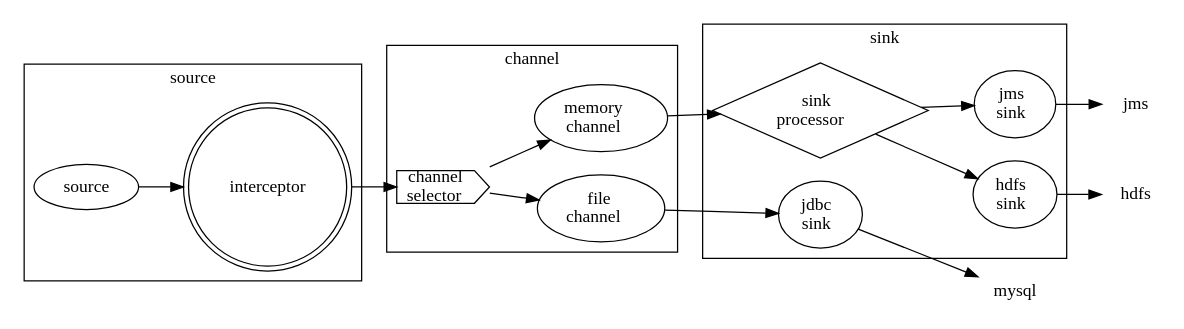
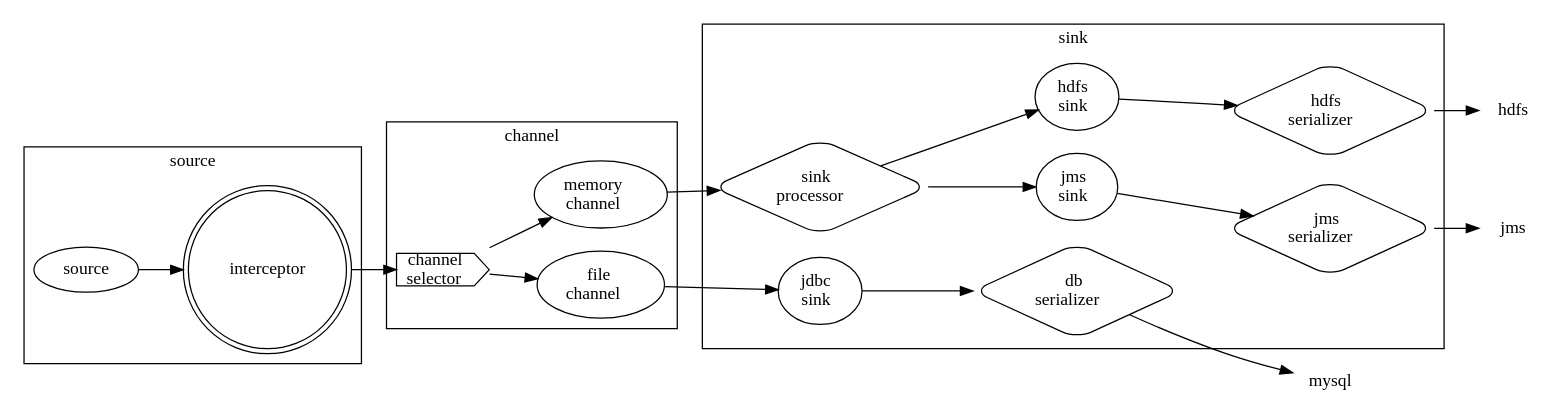
The diagram in data/dot/flume.dot (zjykzk/blog), drawn with Graphviz before and after one commit. The commit also changed 2 other files, not shown here.

```diff
--- a/data/dot/flume.dot
+++ b/data/dot/flume.dot
@@ -1,36 +1,40 @@
 digraph flume {
     rankdir=LR;
     source -> src_interceptor;
     src_interceptor -> ch_selector;
     ch_selector -> {ch_mem; ch_file;}
     ch_mem -> sink_processor;
     ch_file -> sink_jdbc;
     sink_processor -> {sink_hdfs; sink_jms;}
-    sink_hdfs -> hdfs;
-    sink_jms -> jms;
-    sink_jdbc -> mysql;
+    sink_hdfs -> hdfs_event_serializer -> hdfs;
+    sink_jms -> jms_event_serializer -> jms;
+    sink_jdbc -> table_event_serializer -> mysql;
 
     subgraph cluster_src {
         source; src_interceptor; label="source";
     }
 
     subgraph cluster_ch {
         ch_selector; ch_mem; ch_file; label="channel";
     }
 
     subgraph cluster_sink {
+        hdfs_event_serializer; jms_event_serializer; table_event_serializer;
         sink_jms; sink_hdfs; sink_jdbc; sink_processor; label="sink";
     }
 
     src_interceptor [shape=doublecircle, label="interceptor"];
-    sink_processor [shape=diamond, label=<sink<br/>processor>];
+    sink_processor [shape=diamond,style="rounded", label=<sink<br/>processor>];
     ch_selector [shape=cds, label=<channel<br/>selector>];
     ch_mem [label=<memory<br/>channel>];
     ch_file [label=<file<br/>channel>];
     sink_hdfs [label=<hdfs<br/>sink>];
     sink_jms [label=<jms<br/>sink>];
     sink_jdbc [label=<jdbc<br/>sink>];
     hdfs [shape=plaintext];
     jms [shape=plaintext];
     mysql [shape=plaintext];
+    hdfs_event_serializer [label=<hdfs<br/>serializer>,style="rounded", shape=diamond];
+    jms_event_serializer [label=<jms<br/>serializer>, style="rounded", shape=diamond];
+    table_event_serializer [label=<db<br/>serializer>, style="rounded", shape=diamond];
 }
```
